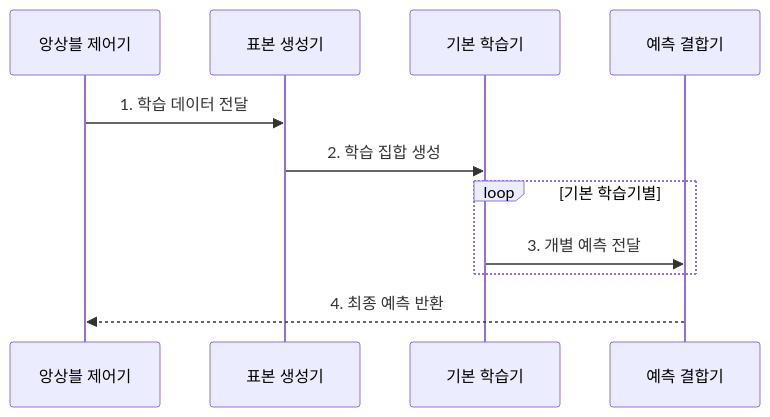
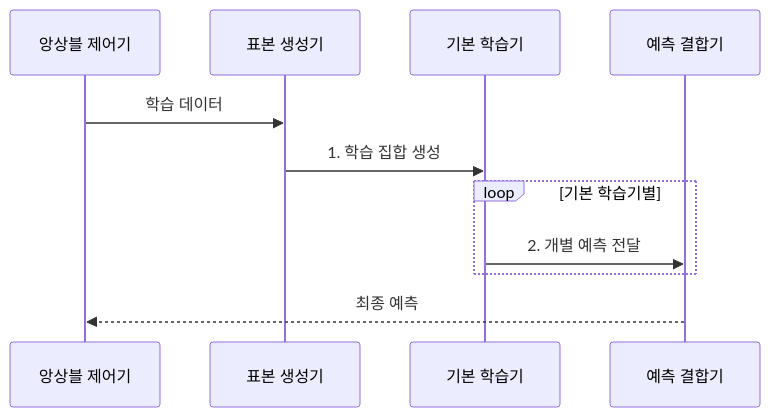
The second of 2 diagrams in src/content/docs/notes/01-basic-theory/052_ensemble_learning.md (agnusdei1207/knowledge-base), drawn with Mermaid before and after one commit. The commit also changed other lines of this file and 20 other files, not shown here.

````diff
--- a/src/content/docs/notes/01-basic-theory/052_ensemble_learning.md
+++ b/src/content/docs/notes/01-basic-theory/052_ensemble_learning.md
@@ -79,13 +79,13 @@
 ```mermaid
 sequenceDiagram
     participant T as 앙상블 제어기
     participant S as 표본 생성기
     participant B as 기본 학습기
     participant A as 예측 결합기
-    T->>S: 1. 학습 데이터 전달
-    S->>B: 2. 학습 집합 생성
+    T->>S: 학습 데이터
+    S->>B: 1. 학습 집합 생성
     loop 기본 학습기별
-        B->>A: 3. 개별 예측 전달
+        B->>A: 2. 개별 예측 전달
     end
-    A-->>T: 4. 최종 예측 반환
+    A-->>T: 최종 예측
 ```
````
